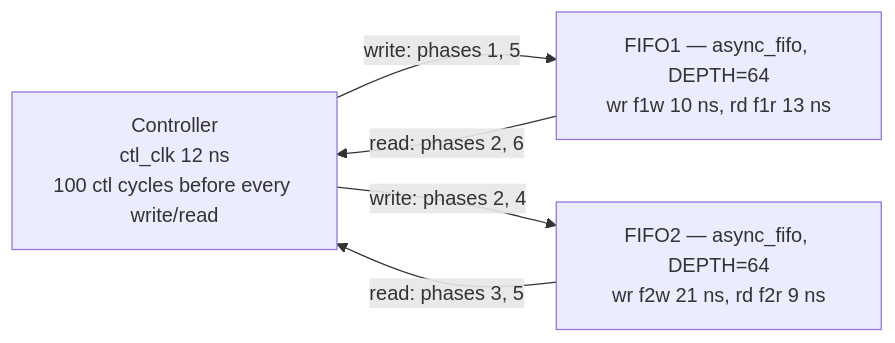
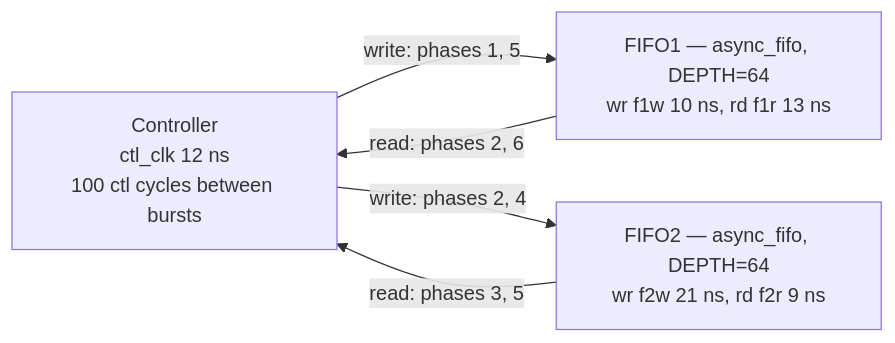
One commit to irsyadinexus/test-async-fifo changed the diagram in README.md. Above: the diagram before and after it, drawn with Mermaid. The commit also changed other lines of this file and 1 other file, not shown here.

First line of the commit message:
Apply 100-cycle delay between bursts, not per access

````diff
--- a/README.md
+++ b/README.md
@@ -122,10 +126,10 @@
 ```mermaid
 flowchart LR
-    C["Controller<br/>ctl_clk 12 ns<br/>100 ctl cycles before every write/read"]
+    C["Controller<br/>ctl_clk 12 ns<br/>100 ctl cycles between bursts"]
     F1["FIFO1 — async_fifo, DEPTH=64<br/>wr f1w 10 ns, rd f1r 13 ns"]
     F2["FIFO2 — async_fifo, DEPTH=64<br/>wr f2w 21 ns, rd f2r 9 ns"]
     C -->|"write: phases 1, 5"| F1
     F1 -->|"read: phases 2, 6"| C
     C -->|"write: phases 2, 4"| F2
     F2 -->|"read: phases 3, 5"| C
 ```
````
